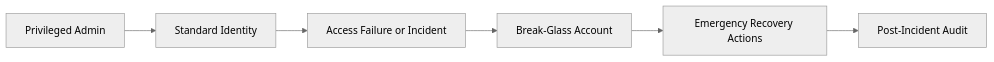
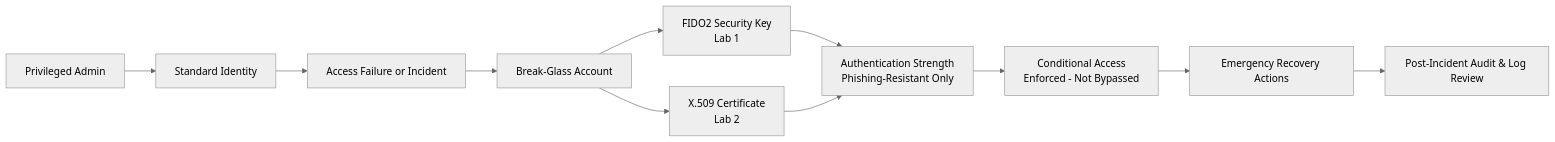
Before and after one commit to nkadwaikar/azure-hands-on-engineering: the sixth of 6 diagrams in Architecture Overview.md, drawn with Mermaid (neutral theme). The commit also changed other lines of this file and 4 other files, not shown here.

````diff
--- a/Architecture Overview.md
+++ b/Architecture Overview.md
@@ -71,8 +71,13 @@
 ```mermaid
 flowchart LR
     Admin[Privileged Admin] --> Normal[Standard Identity]
     Normal --> Issue[Access Failure or Incident]
-    Issue --> BreakGlass[Break-Glass Account]
-    BreakGlass --> Recover[Emergency Recovery Actions]
-    Recover --> Audit[Post-Incident Audit]
+    Issue --> BG[Break-Glass Account]
+    BG --> FIDO2[FIDO2 Security Key\nLab 1]
+    BG --> CBA[X.509 Certificate\nLab 2]
+    FIDO2 --> AS[Authentication Strength\nPhishing-Resistant Only]
+    CBA --> AS
+    AS --> CA[Conditional Access\nEnforced - Not Bypassed]
+    CA --> Recover[Emergency Recovery Actions]
+    Recover --> Audit[Post-Incident Audit & Log Review]
 ```
````
